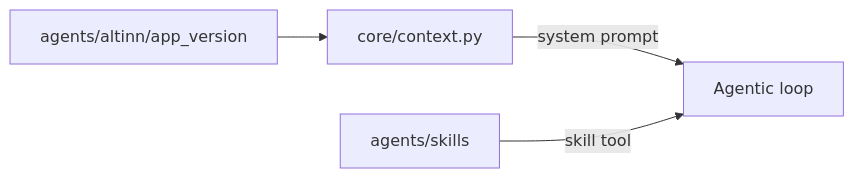
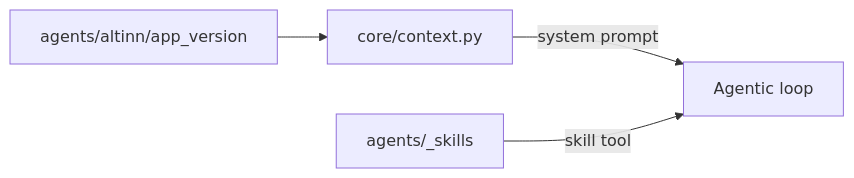
The fourth of 7 diagrams in src/AI/assistant/docs/3-modules.md (Altinn/altinn-studio), drawn with Mermaid before and after one commit. The commit also changed other lines of this file and 52 other files, not shown here.

Commit message:
chore: keep skills in agents/_skills and list the assistant's skills explicitly

````diff
--- a/src/AI/assistant/docs/3-modules.md
+++ b/src/AI/assistant/docs/3-modules.md
@@ -58,6 +58,6 @@
 ```mermaid
 flowchart LR
   V["agents/altinn/app_version"] --> X["core/context.py"]
   X -->|system prompt| L["Agentic loop"]
-  K["agents/skills"] -->|skill tool| L
+  K["agents/_skills"] -->|skill tool| L
 ```
````
